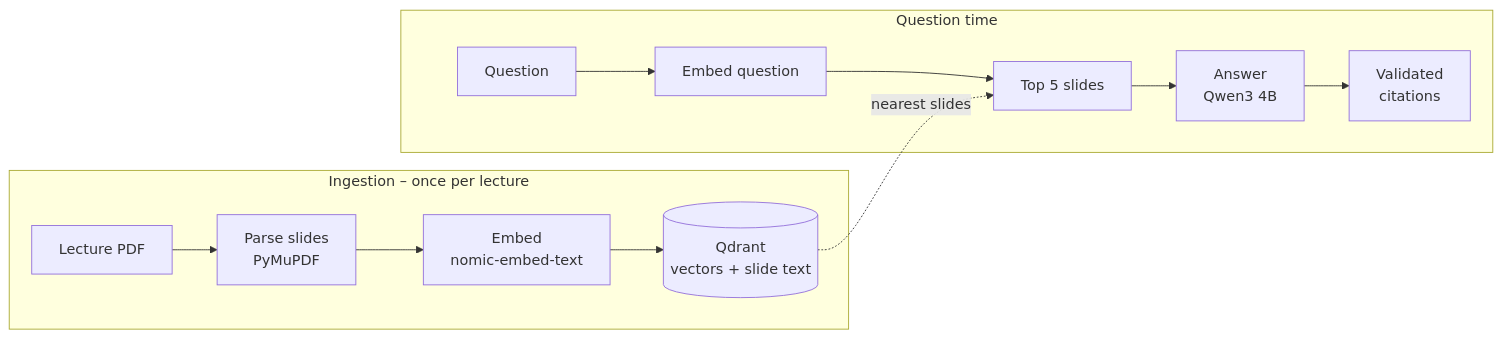
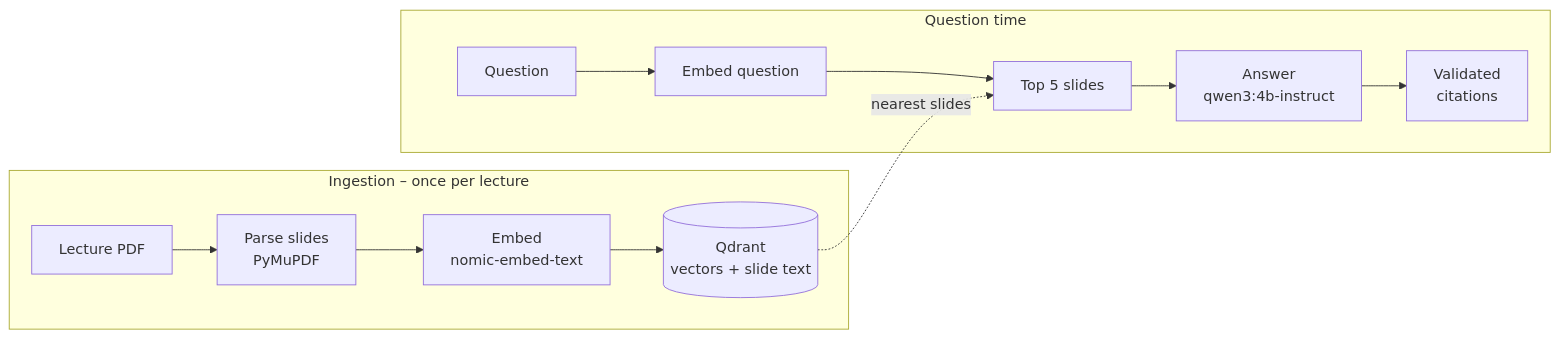
Before and after one commit to Fezz00/study-RAG: the first of 3 diagrams in README.md, drawn with Mermaid. The commit also changed other lines of this file, not shown here.

````diff
--- a/README.md
+++ b/README.md
@@ -57,10 +52,10 @@
 ```mermaid
 flowchart LR
     subgraph Ingestion["Ingestion – once per lecture"]
         A[Lecture PDF] --> B[Parse slides<br/>PyMuPDF] --> C[Embed<br/>nomic-embed-text] --> D[(Qdrant<br/>vectors + slide text)]
     end
     subgraph Question["Question time"]
-        Q[Question] --> E[Embed question] --> F[Top 5 slides] --> G[Answer<br/>Qwen3 4B] --> H[Validated<br/>citations]
+        Q[Question] --> E[Embed question] --> F[Top 5 slides] --> G[Answer<br/>qwen3:4b-instruct] --> H[Validated<br/>citations]
     end
     D -. nearest slides .-> F
 ```
````
